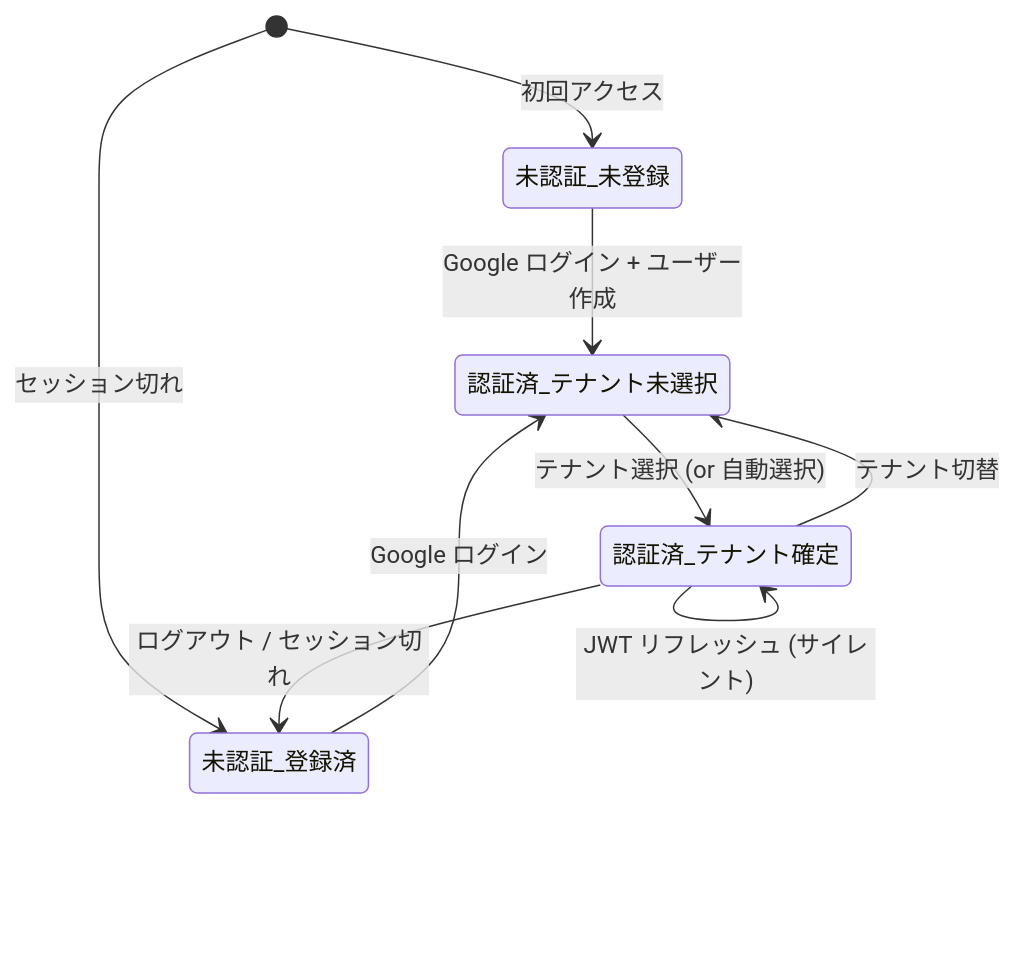
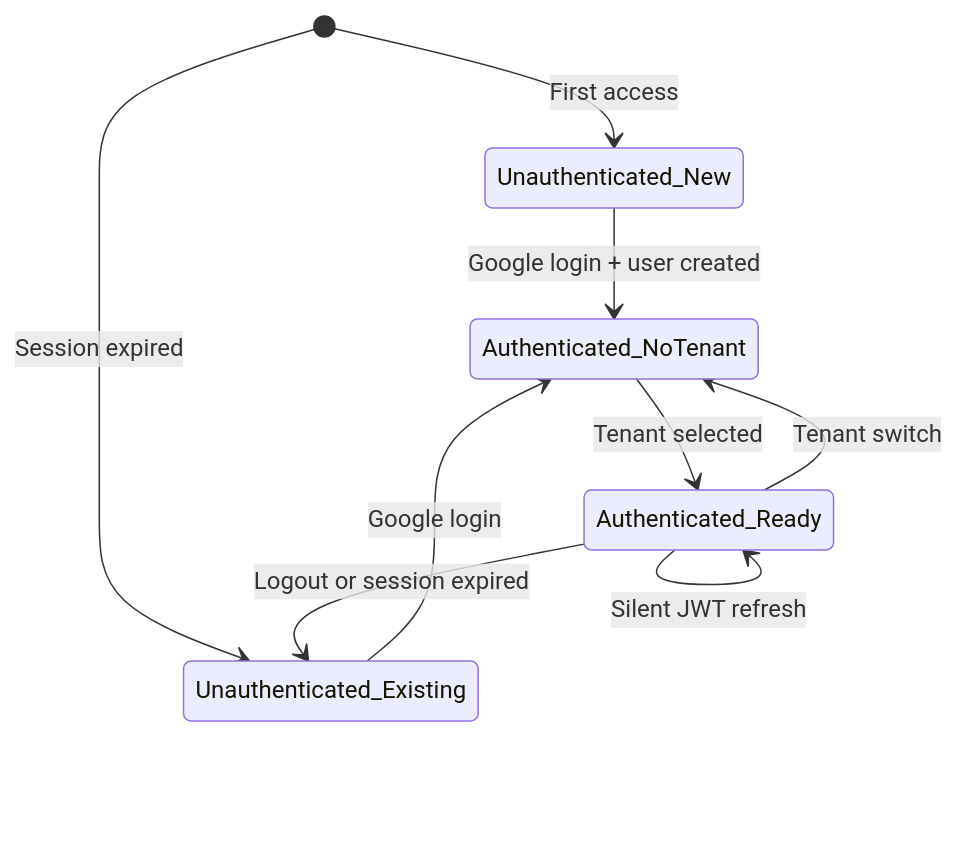
Before and after one commit to opaopa6969/volta-auth-proxy: the first of 12 diagrams in dge/specs/ui-flow.md, drawn with Mermaid. The commit also changed other lines of this file, not shown here.

First line of the commit message:
Fix mermaid diagrams for GitHub rendering

````diff
--- a/dge/specs/ui-flow.md
+++ b/dge/specs/ui-flow.md
@@ -11,14 +11,14 @@
 ```mermaid
 stateDiagram-v2
-    [*] --> 未認証_未登録 : 初回アクセス
-    [*] --> 未認証_登録済 : セッション切れ
+    [*] --> Unauthenticated_New : First access
+    [*] --> Unauthenticated_Existing : Session expired
 
-    未認証_未登録 --> 認証済_テナント未選択 : Google ログイン + ユーザー作成
-    未認証_登録済 --> 認証済_テナント未選択 : Google ログイン
+    Unauthenticated_New --> Authenticated_NoTenant : Google login + user created
+    Unauthenticated_Existing --> Authenticated_NoTenant : Google login
 
-    認証済_テナント未選択 --> 認証済_テナント確定 : テナント選択 (or 自動選択)
-    認証済_テナント確定 --> 認証済_テナント未選択 : テナント切替
-    認証済_テナント確定 --> 未認証_登録済 : ログアウト / セッション切れ
+    Authenticated_NoTenant --> Authenticated_Ready : Tenant selected
+    Authenticated_Ready --> Authenticated_NoTenant : Tenant switch
+    Authenticated_Ready --> Unauthenticated_Existing : Logout or session expired
 
-    認証済_テナント確定 --> 認証済_テナント確定 : JWT リフレッシュ (サイレント)
+    Authenticated_Ready --> Authenticated_Ready : Silent JWT refresh
 ```
````
